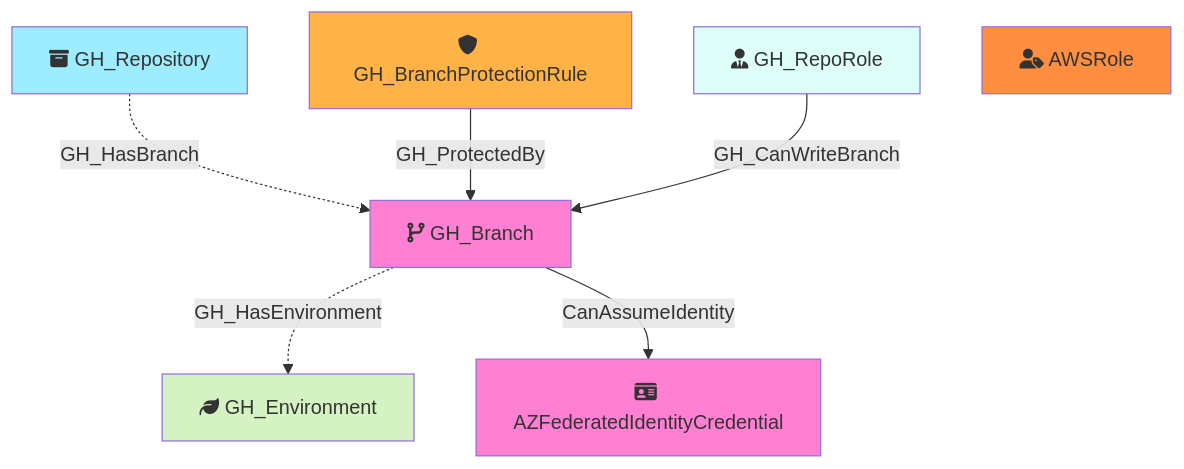
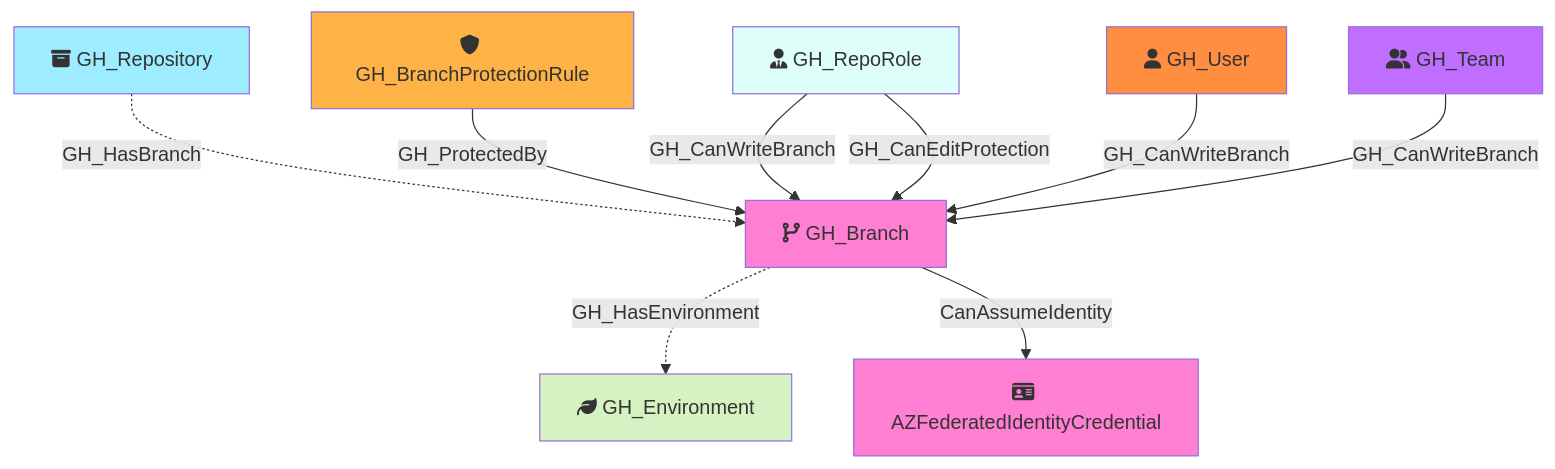
One commit to SpecterOps/GitHound changed the diagram in Documentation/Nodes/GH_Branch.md. Above: the diagram before and after it, drawn with Mermaid. The commit also changed other lines of this file and 7 other files, not shown here.

Commit message:
Fixed composition edges for each of the computed branch protection bypasses.

````diff
--- a/Documentation/Nodes/GH_Branch.md
+++ b/Documentation/Nodes/GH_Branch.md
@@ -38,24 +41,29 @@
 ```mermaid
 flowchart TD
     GH_Branch[fa:fa-code-branch GH_Branch]
     GH_Repository[fa:fa-box-archive GH_Repository]
     GH_RepoRole[fa:fa-user-tie GH_RepoRole]
     GH_BranchProtectionRule[fa:fa-shield GH_BranchProtectionRule]
     GH_Environment[fa:fa-leaf GH_Environment]
-    AWSRole[fa:fa-user-tag AWSRole]
+    GH_User[fa:fa-user GH_User]
+    GH_Team[fa:fa-user-group GH_Team]
     AZFederatedIdentityCredential[fa:fa-id-card AZFederatedIdentityCredential]
 
     style GH_Branch fill:#FF80D2
     style GH_Repository fill:#9EECFF
     style GH_RepoRole fill:#DEFEFA
     style GH_BranchProtectionRule fill:#FFB347
     style GH_Environment fill:#D5F2C2
-    style AWSRole fill:#FF8E40
+    style GH_User fill:#FF8E40
+    style GH_Team fill:#C06EFF
     style AZFederatedIdentityCredential fill:#FF80D2
 
     GH_Repository -.->|GH_HasBranch| GH_Branch
     GH_BranchProtectionRule -->|GH_ProtectedBy| GH_Branch
     GH_Branch -.->|GH_HasEnvironment| GH_Environment
     GH_Branch -->|CanAssumeIdentity| AZFederatedIdentityCredential
     GH_RepoRole -->|GH_CanWriteBranch| GH_Branch
+    GH_RepoRole -->|GH_CanEditProtection| GH_Branch
+    GH_User -->|GH_CanWriteBranch| GH_Branch
+    GH_Team -->|GH_CanWriteBranch| GH_Branch
 ```
````
